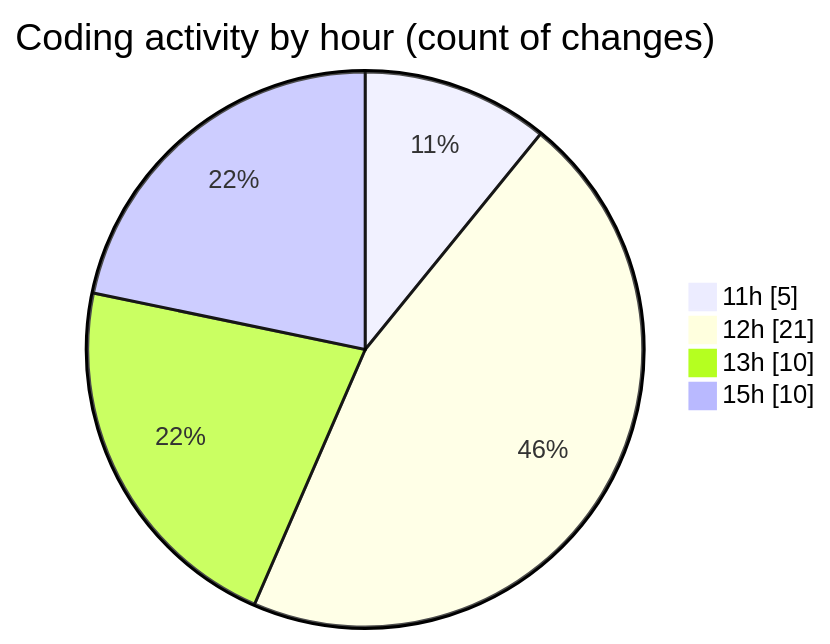
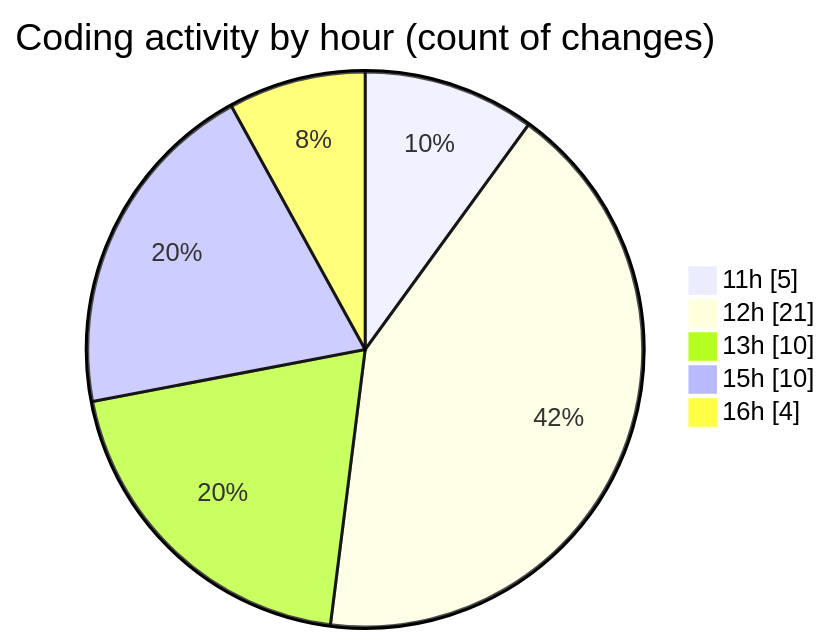
The second of 2 diagrams in 2025-03-11/projet_stage/README.md (Elitesun/code-tracking), drawn with Mermaid before and after one commit. The commit also changed other lines of this file and 1 other file, not shown here.

````diff
--- a/2025-03-11/projet_stage/README.md
+++ b/2025-03-11/projet_stage/README.md
@@ -39,8 +39,9 @@
 ```mermaid
 pie showData
 title Coding activity by hour (count of changes)
 "11h" : 5
 "12h" : 21
 "13h" : 10
 "15h" : 10
+"16h" : 4
 ```
````
